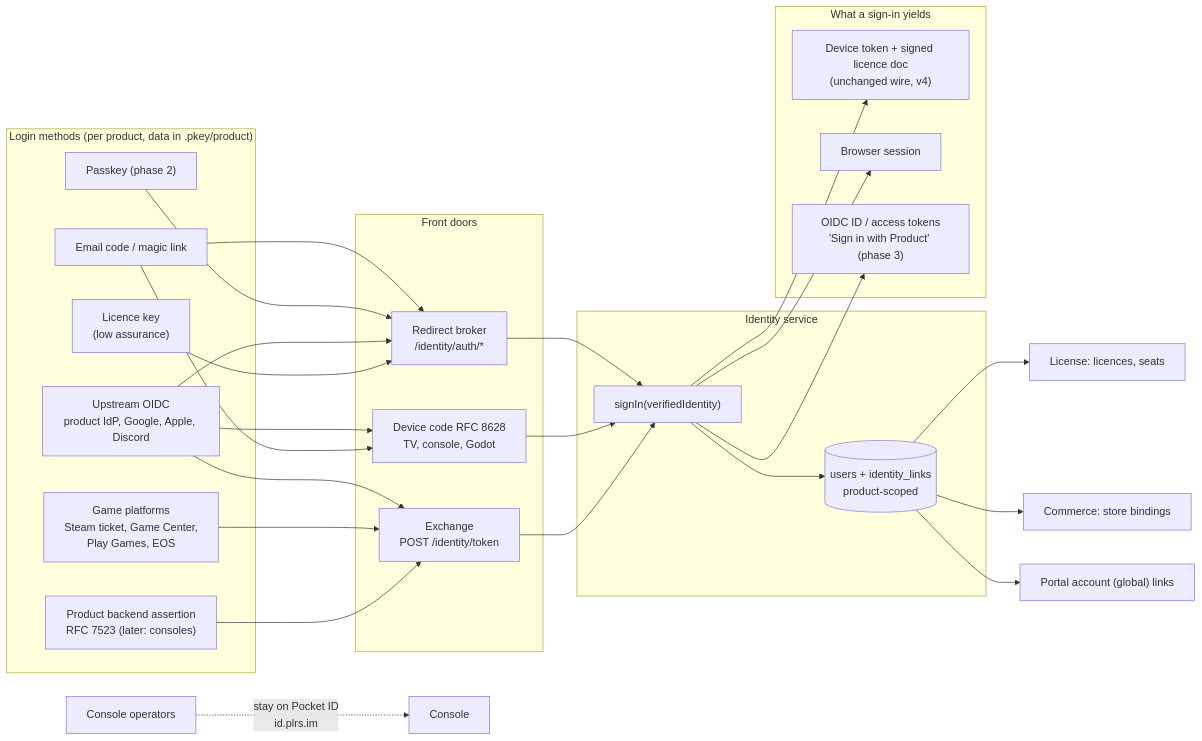
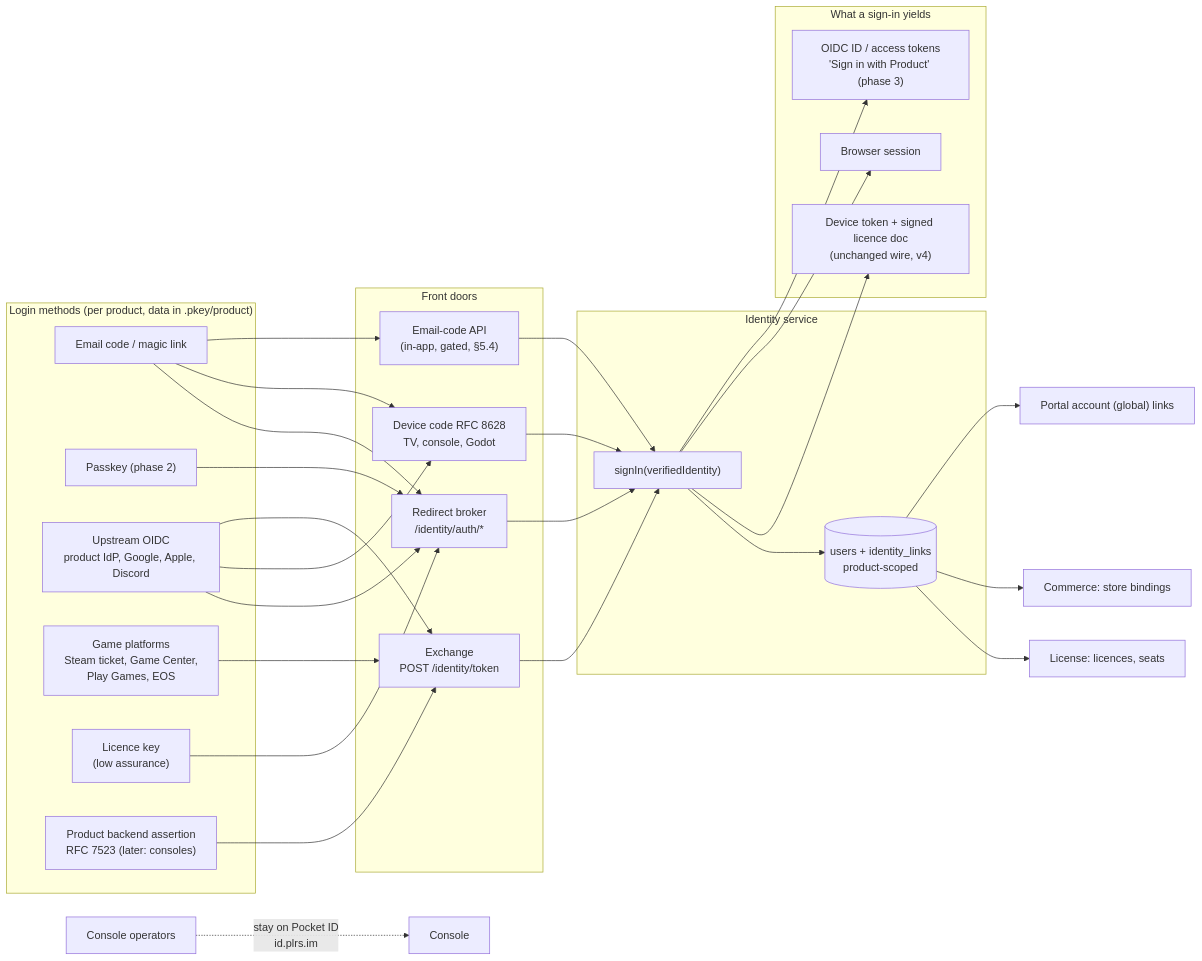
Before and after one commit to vladzaharia/polaris-key: the diagram in docs/research/2026-09-29-godot-omniplatform/notes/S-16-identity-service.md, drawn with Mermaid. The commit also changed other lines of this file, not shown here.

````diff
--- a/docs/research/2026-09-29-godot-omniplatform/notes/S-16-identity-service.md
+++ b/docs/research/2026-09-29-godot-omniplatform/notes/S-16-identity-service.md
@@ -72,34 +83,36 @@
 ```mermaid
 flowchart LR
   subgraph In["Login methods (per product, data in .pkey/product)"]
     E["Email code / magic link"]
     PK["Passkey (phase 2)"]
     UP["Upstream OIDC<br/>product IdP, Google, Apple, Discord"]
     GM["Game platforms<br/>Steam ticket, Game Center,<br/>Play Games, EOS"]
     LK["Licence key<br/>(low assurance)"]
     AS["Product backend assertion<br/>RFC 7523 (later: consoles)"]
   end
   subgraph Doors["Front doors"]
     RD["Redirect broker<br/>/identity/auth/*"]
     DC["Device code RFC 8628<br/>TV, console, Godot"]
     TX["Exchange<br/>POST /identity/token"]
+    EC["Email-code API<br/>(in-app, gated, §5.4)"]
   end
   subgraph Id["Identity service"]
     SI["signIn(verifiedIdentity)"]
     U[("users + identity_links<br/>product-scoped")]
   end
   subgraph Out["What a sign-in yields"]
     DT["Device token + signed licence doc<br/>(unchanged wire, v4)"]
     BS["Browser session"]
     OT["OIDC ID / access tokens<br/>'Sign in with Product' (phase 3)"]
   end
   E & PK & UP & LK --> RD
   UP & E --> DC
+  E --> EC
   UP & GM & AS --> TX
-  RD & DC & TX --> SI --> U
+  RD & DC & TX & EC --> SI --> U
   U --> L["License: licences, seats"]
   U --> C["Commerce: store bindings"]
   U --> P["Portal account (global) links"]
   SI --> DT & BS & OT
   OPS["Console operators"] -.->|"stay on Pocket ID<br/>id.plrs.im"| CON["Console"]
 ```
````
